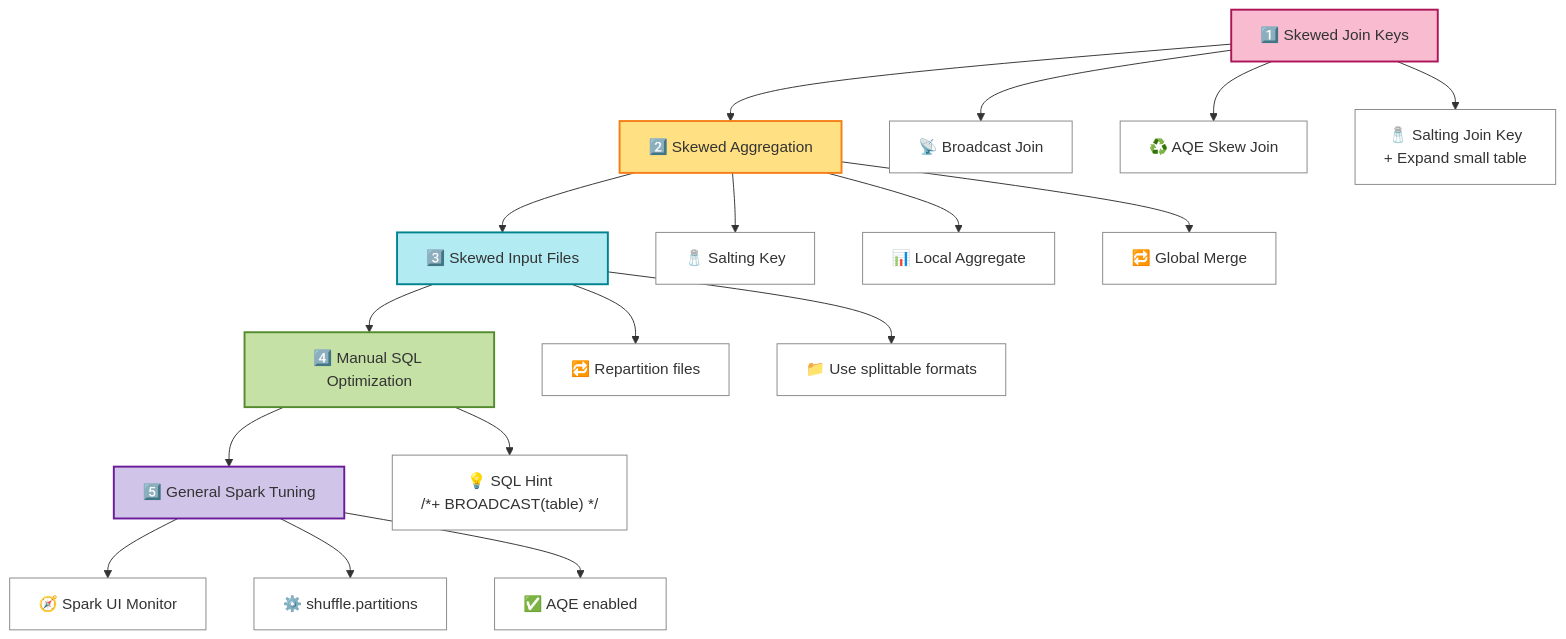
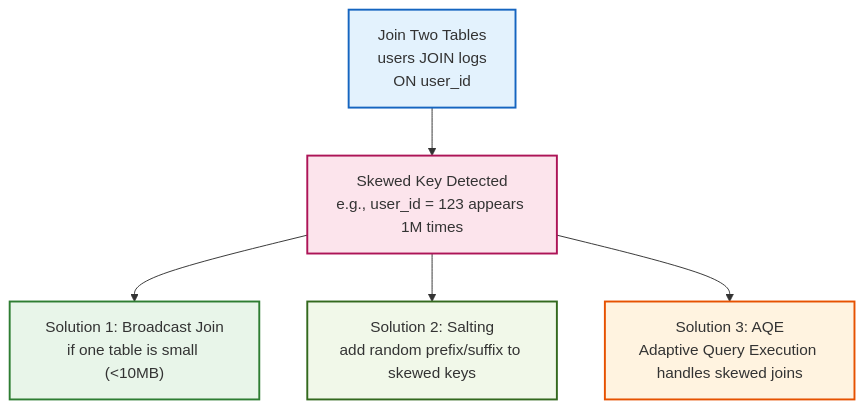
The fifth of 7 diagrams in README.md (blaire101/Spark-Journey-2025), drawn with Mermaid before and after one commit. The commit also changed other lines of this file, not shown here.

````diff
--- a/README.md
+++ b/README.md
@@ -120,46 +140,15 @@
 ```mermaid
-flowchart TB
-    C1["1️⃣ Skewed Join Keys"]
-    C2["2️⃣ Skewed Aggregation"]
-    C3["3️⃣ Skewed Input Files"]
-    C4["4️⃣ Manual SQL Optimization"]
-    C5["5️⃣ General Spark Tuning"]
+flowchart TD
+    A["Join Two Tables<br>users JOIN logs<br>ON user_id"]
+    A --> B["Skewed Key Detected<br>e.g., user_id = 123 appears 1M times"]
+    
+    B --> C1["Solution 1: Broadcast Join<br>if one table is small (<10MB)"]
+    B --> C2["Solution 2: Salting<br>add random prefix/suffix to skewed keys"]
+    B --> C3["Solution 3: AQE<br>Adaptive Query Execution handles skewed joins"]
 
-    %% Chain vertically
-    C1 --> C2
-    C2 --> C3
-    C3 --> C4
-    C4 --> C5
-
-    %% Case 1 branches
-    C1 --> C1a["📡 Broadcast Join"]
-    C1 --> C1b["♻️ AQE Skew Join"]
-    C1 --> C1c["🧂 Salting Join Key<br>+ Expand small table"]
-
-    %% Case 2 branches
-    C2 --> C2a["🧂 Salting Key"]
-    C2 --> C2b["📊 Local Aggregate"]
-    C2 --> C2c["🔁 Global Merge"]
-
-    %% Case 3 branches
-    C3 --> C3a["🔁 Repartition files"]
-    C3 --> C3b["📁 Use splittable formats"]
-
-    %% Case 4 branches
-    C4 --> C4a["💡 SQL Hint<br>/*+ BROADCAST(table) */"]
-
-    %% Case 5 branches
-    C5 --> C5a["🧭 Spark UI Monitor"]
-    C5 --> C5b["⚙️ shuffle.partitions"]
-    C5 --> C5c["✅ AQE enabled"]
-
-    %% Styling
-    style C1 fill:#f8bbd0,stroke:#ad1457,stroke-width:2px
-    style C2 fill:#ffe082,stroke:#f57f17,stroke-width:2px
-    style C3 fill:#b2ebf2,stroke:#00838f,stroke-width:2px
-    style C4 fill:#c5e1a5,stroke:#558b2f,stroke-width:2px
-    style C5 fill:#d1c4e9,stroke:#6a1b9a,stroke-width:2px
-    classDef leaf fill:#ffffff,stroke:#888
-    class C1a,C1b,C1c,C2a,C2b,C2c,C3a,C3b,C4a,C5a,C5b,C5c leaf
-
+    style A fill:#e3f2fd,stroke:#1565c0,stroke-width:2px
+    style B fill:#fce4ec,stroke:#ad1457,stroke-width:2px
+    style C1 fill:#e8f5e9,stroke:#2e7d32,stroke-width:2px
+    style C2 fill:#f1f8e9,stroke:#33691e,stroke-width:2px
+    style C3 fill:#fff3e0,stroke:#e65100,stroke-width:2px
 ```
````
